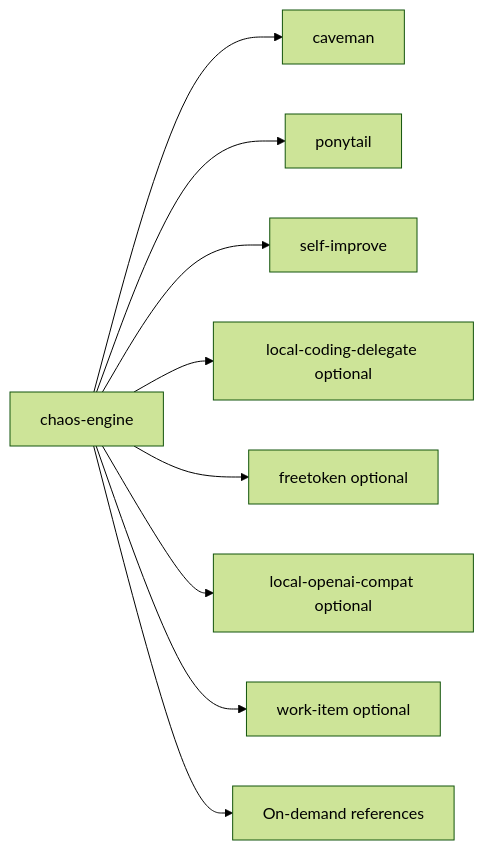
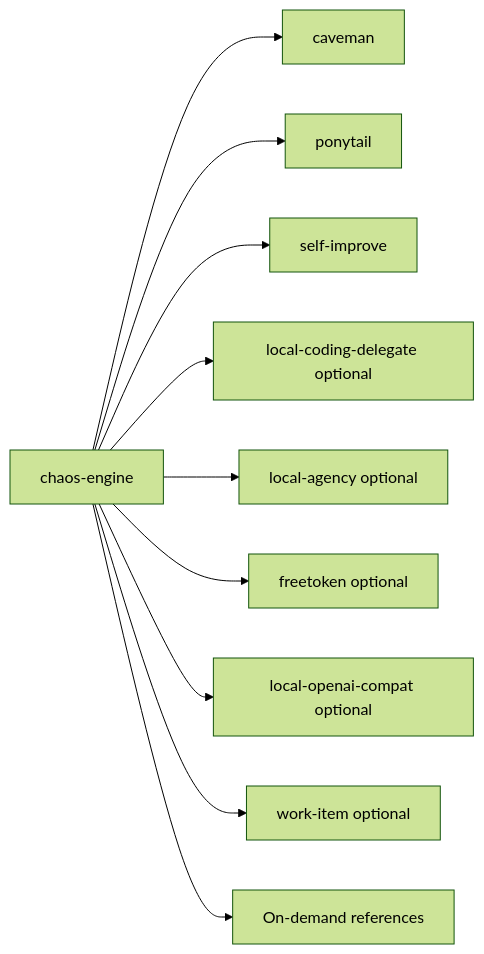
One commit to ShaftHQ/SHAFT_ENGINE changed the fifth of 13 diagrams in chaos-engine/README.md. Above: the diagram before and after it, drawn with Mermaid (forest theme). The commit also changed other lines of this file and 15 other files, not shown here.

First line of the commit message:
feat(chaos-engine): local-agency OpenCode routing to READY runtimes

````diff
--- a/chaos-engine/README.md
+++ b/chaos-engine/README.md
@@ -545,13 +562,14 @@
 ```mermaid
 flowchart LR
     accTitle: Skill topology
     accDescr: The canonical skill routes optional work skills and two pinned companions without duplicating policy.
     CE[chaos-engine] --> Caveman[caveman]
     CE --> Ponytail[ponytail]
     CE --> SelfImprove[self-improve]
     CE --> Delegate[local-coding-delegate optional]
+    CE --> LocalAgency[local-agency optional]
     CE --> FreeToken[freetoken optional]
     CE --> LocalOpenAI[local-openai-compat optional]
     CE --> WorkItem[work-item optional]
     CE --> Refs[On-demand references]
 ```
````
